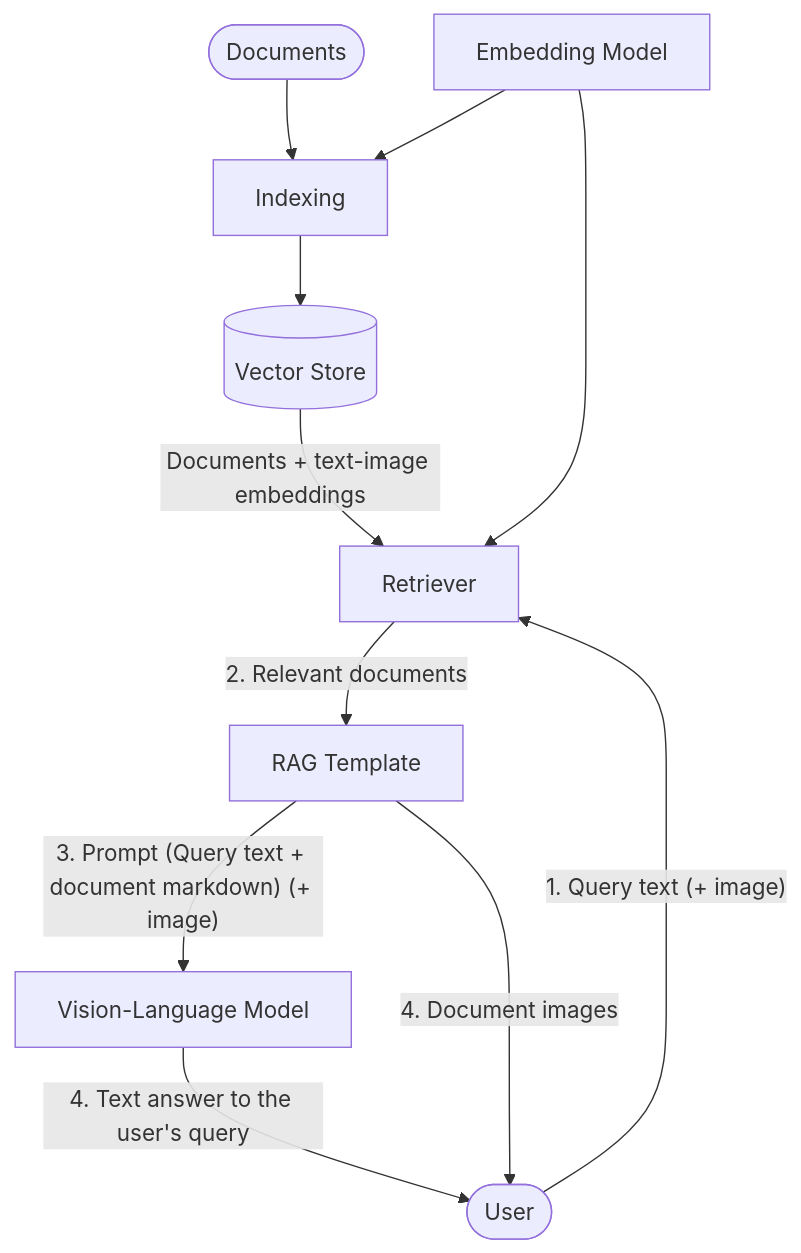
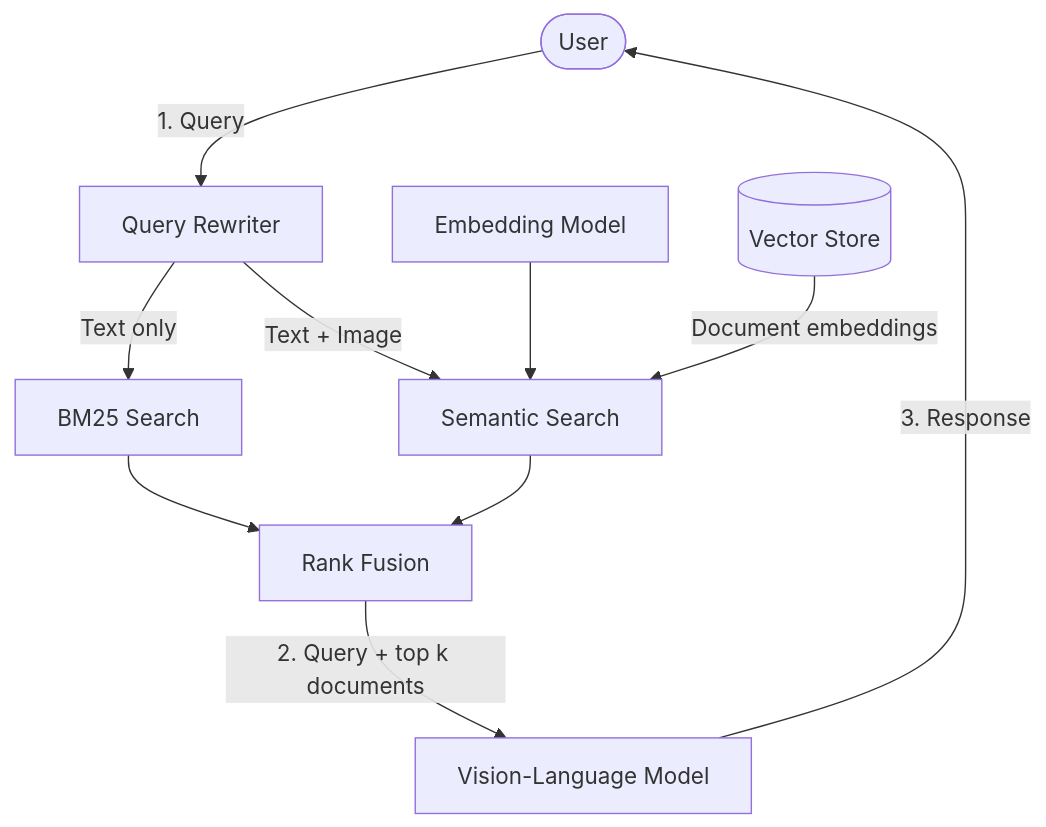
Before and after one commit to pablocian/nemotron-vl-rag-pipeline-pokemon: the second of 2 diagrams in README.md, drawn with Mermaid. The commit also changed other lines of this file and 3 other files, not shown here.

````diff
--- a/README.md
+++ b/README.md
@@ -46,22 +58,21 @@
 ```mermaid
 flowchart TD
-    Docs([Documents])
-    Indexing[Indexing]
     User([User])
+    Rewriter[Query Rewriter]
+    SemanticSearch[Semantic Search]
     VS[(Vector Store)]
+    BM25Search[BM25 Search]
+    Fusion[Rank Fusion]
     Embedmodel[Embedding Model]
-    Retriever[Retriever]
-    Template[RAG Template]
     VLM[Vision-Language Model]
 
-    Docs --> Indexing
-    Embedmodel --> Indexing
-    Indexing --> VS
-    Embedmodel --> Retriever
-    VS -->|"Documents + text-image embeddings"| Retriever
-    User -->|"1. Query text (+ image)"| Retriever
-    Retriever -->|"2. Relevant documents"| Template
-    Template -->|"3. Prompt (Query text + document markdown) (+ image)"| VLM
-    Template -->|"4. Document images"| User
-    VLM -->|"4. Text answer to the user's query"| User
+    User -->|"1. Query"| Rewriter
+    Rewriter -->|"Text + Image"| SemanticSearch
+    Rewriter -->|"Text only"| BM25Search
+    Embedmodel --> SemanticSearch
+    VS -->|"Document embeddings"| SemanticSearch
+    BM25Search --> Fusion
+    SemanticSearch --> Fusion
+    Fusion -->|"2. Query + top k documents"| VLM
+    VLM -->|"3. Response"| User
 ```
````
